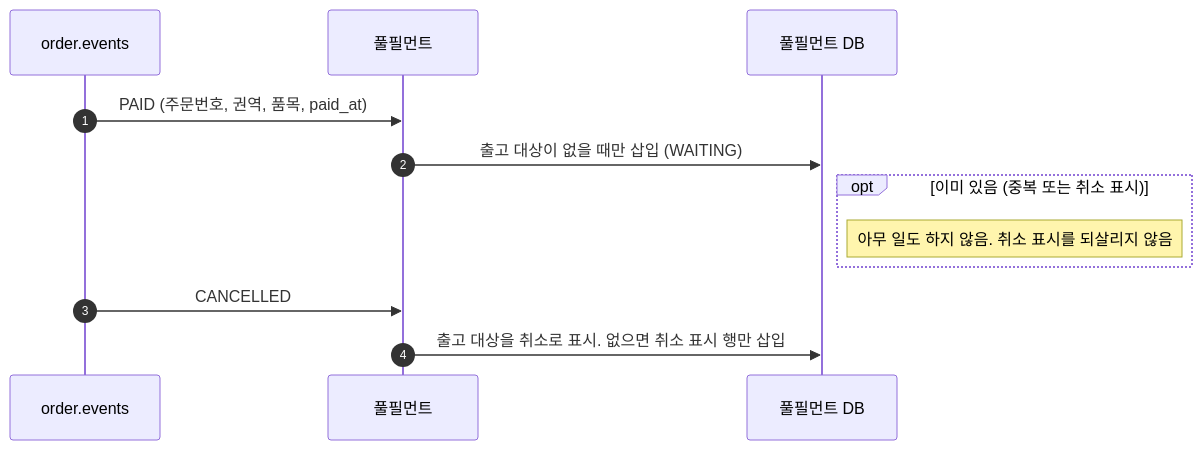
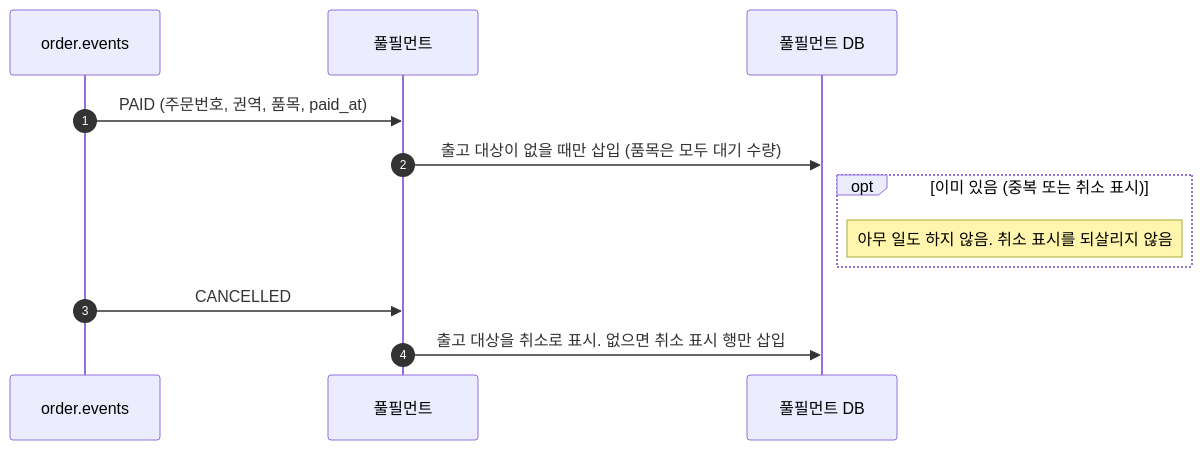
Before and after one commit to Bamdule/dawn-delivery-commerce: the first of 6 diagrams in docs/sequence/05-출고-배치.md, drawn with Mermaid. The commit also changed other lines of this file and 12 other files, not shown here.

````diff
--- a/docs/sequence/05-출고-배치.md
+++ b/docs/sequence/05-출고-배치.md
@@ -20,15 +20,15 @@
 ```mermaid
 sequenceDiagram
     autonumber
     participant 카프카 as order.events
     participant 풀필먼트
     participant DB as 풀필먼트 DB
 
     카프카->>풀필먼트: PAID (주문번호, 권역, 품목, paid_at)
-    풀필먼트->>DB: 출고 대상이 없을 때만 삽입 (WAITING)
+    풀필먼트->>DB: 출고 대상이 없을 때만 삽입 (품목은 모두 대기 수량)
     opt 이미 있음 (중복 또는 취소 표시)
         Note right of DB: 아무 일도 하지 않음. 취소 표시를 되살리지 않음
     end
     카프카->>풀필먼트: CANCELLED
     풀필먼트->>DB: 출고 대상을 취소로 표시. 없으면 취소 표시 행만 삽입
 ```
````
